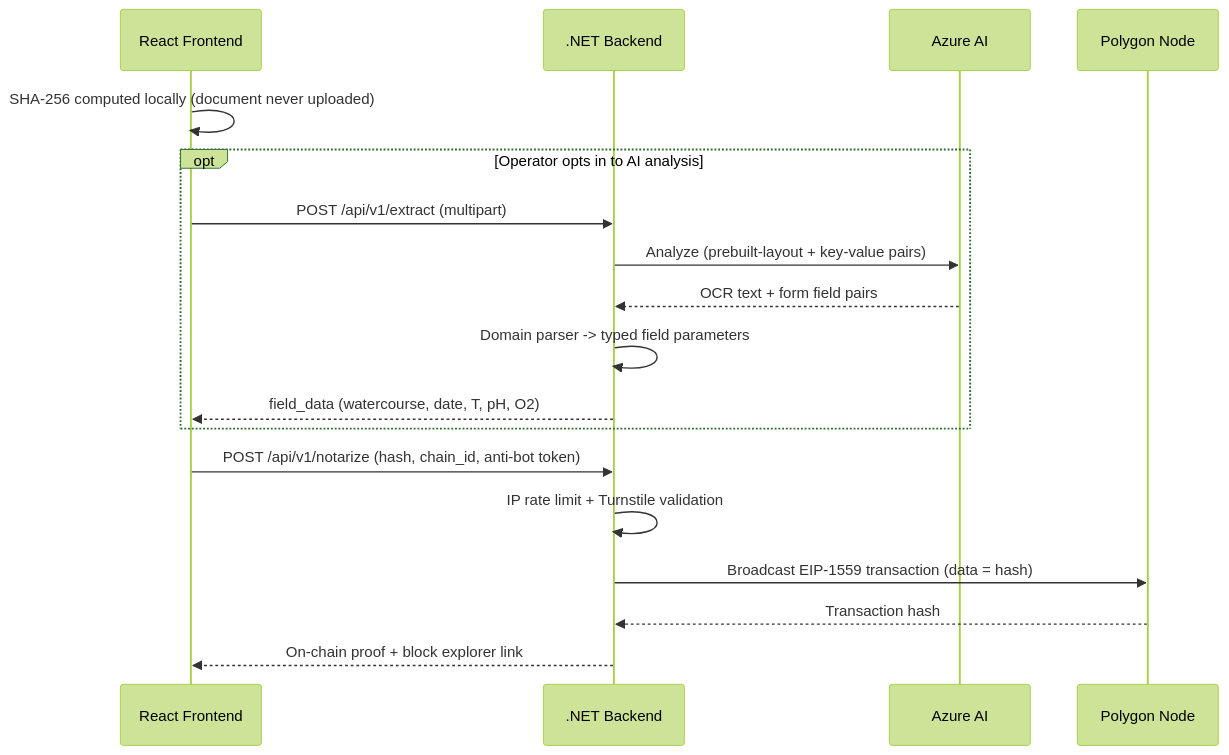
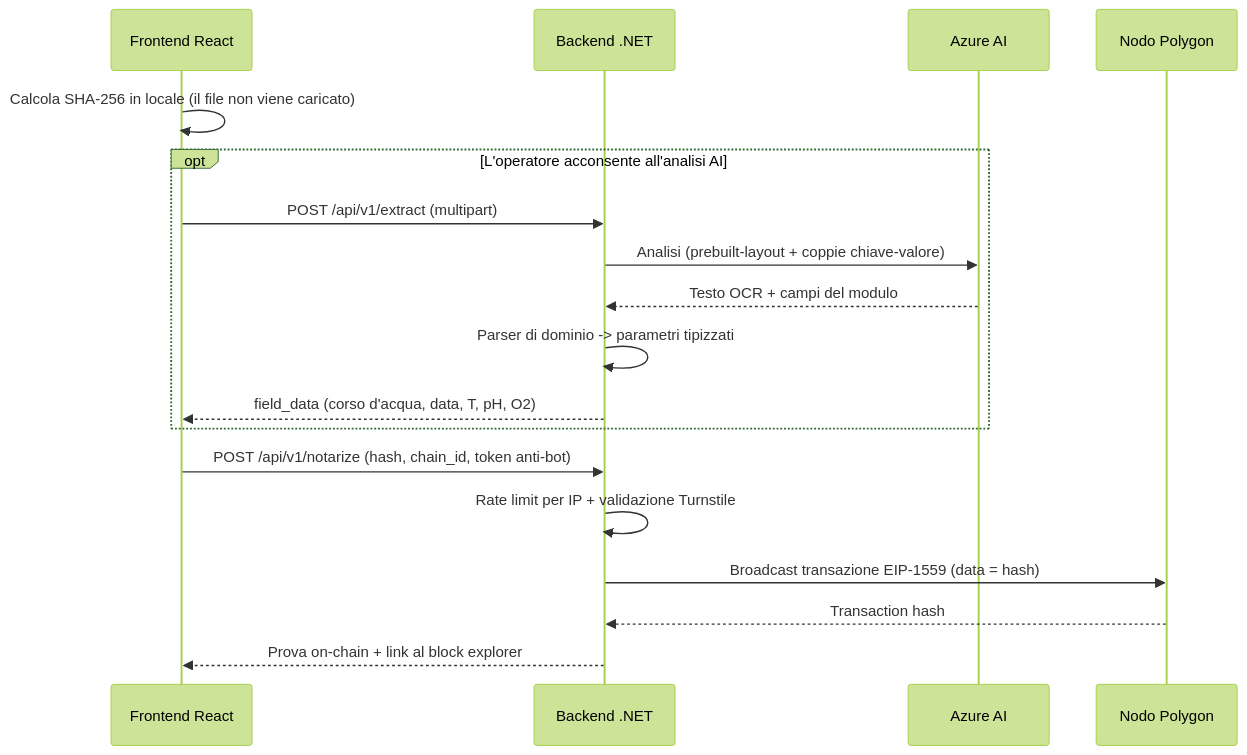
Before and after one commit to N0g4D/azure-web3-notarizer: the second of 2 diagrams in README.md, drawn with Mermaid (forest theme). The commit also changed other lines of this file, not shown here.

First line of the commit message:
docs: traduci in italiano il README del branch verticale

```diff
--- a/README.md
+++ b/README.md
@@ -99,21 +99,21 @@
 ~~~mermaid
 sequenceDiagram
-    participant B as React Frontend
-    participant A as .NET Backend
+    participant B as Frontend React
+    participant A as Backend .NET
     participant Z as Azure AI
-    participant R as Polygon Node
+    participant R as Nodo Polygon
 
-    B->>B: SHA-256 computed locally (document never uploaded)
-    opt Operator opts in to AI analysis
+    B->>B: Calcola SHA-256 in locale (il file non viene caricato)
+    opt L'operatore acconsente all'analisi AI
         B->>A: POST /api/v1/extract (multipart)
-        A->>Z: Analyze (prebuilt-layout + key-value pairs)
-        Z-->>A: OCR text + form field pairs
-        A->>A: Domain parser -> typed field parameters
-        A-->>B: field_data (watercourse, date, T, pH, O2)
+        A->>Z: Analisi (prebuilt-layout + coppie chiave-valore)
+        Z-->>A: Testo OCR + campi del modulo
+        A->>A: Parser di dominio -> parametri tipizzati
+        A-->>B: field_data (corso d'acqua, data, T, pH, O2)
     end
-    B->>A: POST /api/v1/notarize (hash, chain_id, anti-bot token)
-    A->>A: IP rate limit + Turnstile validation
-    A->>R: Broadcast EIP-1559 transaction (data = hash)
+    B->>A: POST /api/v1/notarize (hash, chain_id, token anti-bot)
+    A->>A: Rate limit per IP + validazione Turnstile
+    A->>R: Broadcast transazione EIP-1559 (data = hash)
     R-->>A: Transaction hash
-    A-->>B: On-chain proof + block explorer link
+    A-->>B: Prova on-chain + link al block explorer
 ~~~
```
